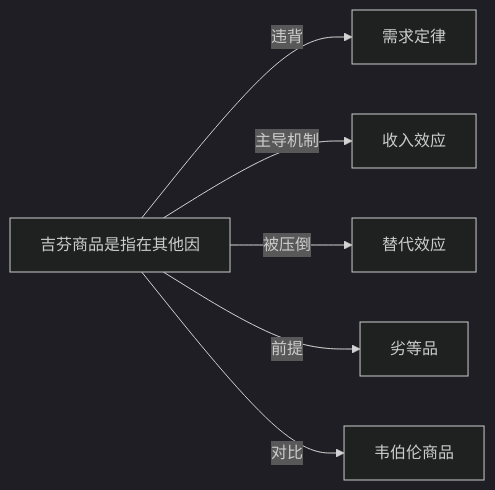
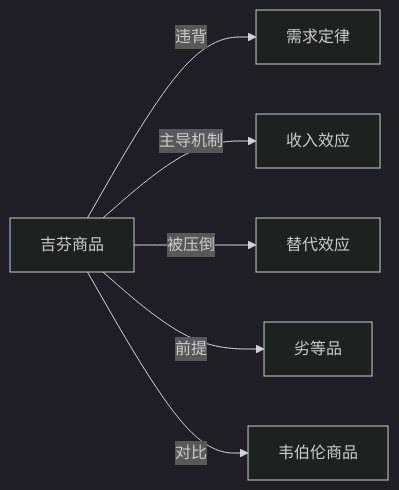
The diagram in Knowledge/Concepts/经济/吉芬商品.md (KIMMCHOW/MyKnowledge), drawn with Mermaid (dark theme) before and after one commit. The commit also changed 96 other files, not shown here.

Commit message:
fix: 修复概念页关系图节点并补齐缺失关联

````diff
--- a/Knowledge/Concepts/经济/吉芬商品.md
+++ b/Knowledge/Concepts/经济/吉芬商品.md
@@ -43,8 +43,8 @@
 ```mermaid
 graph LR
-    吉芬商品是指在其他因 -->|违背| 需求定律
-    吉芬商品是指在其他因 -->|主导机制| 收入效应
-    吉芬商品是指在其他因 -->|被压倒| 替代效应
-    吉芬商品是指在其他因 -->|前提| 劣等品
-    吉芬商品是指在其他因 -->|对比| 韦伯伦商品
+吉芬商品 -->|违背| 需求定律
+吉芬商品 -->|主导机制| 收入效应
+吉芬商品 -->|被压倒| 替代效应
+吉芬商品 -->|前提| 劣等品
+吉芬商品 -->|对比| 韦伯伦商品
 ```
````
